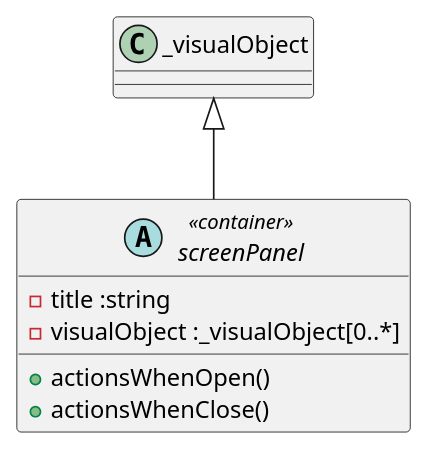
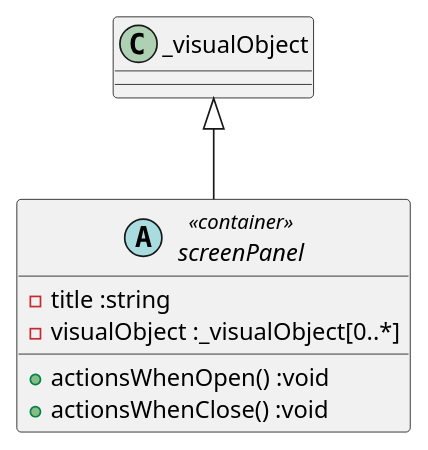
Before and after one commit to egrpy/UUMF: the third of 15 diagrams in uumf_classes.puml, drawn with PlantUML.

```diff
--- a/uumf_classes.puml
+++ b/uumf_classes.puml
@@ -11,8 +11,8 @@
 @startuml (id=screenPanel)
   abstract class screenPanel <<container>> extends _visualObject {
     - title :string
     - visualObject :_visualObject[0..*]
-    + actionsWhenOpen()
-    + actionsWhenClose()
+    + actionsWhenOpen() :void
+    + actionsWhenClose() :void
   }
 @enduml
```
